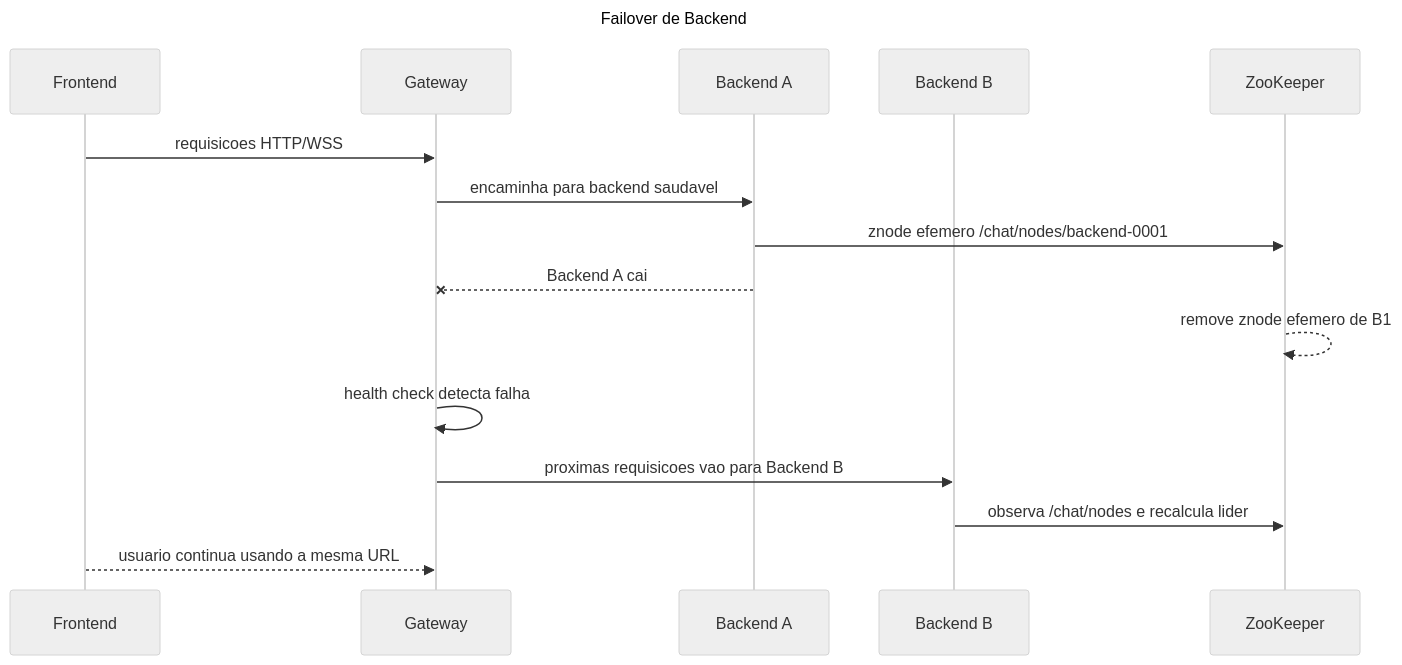
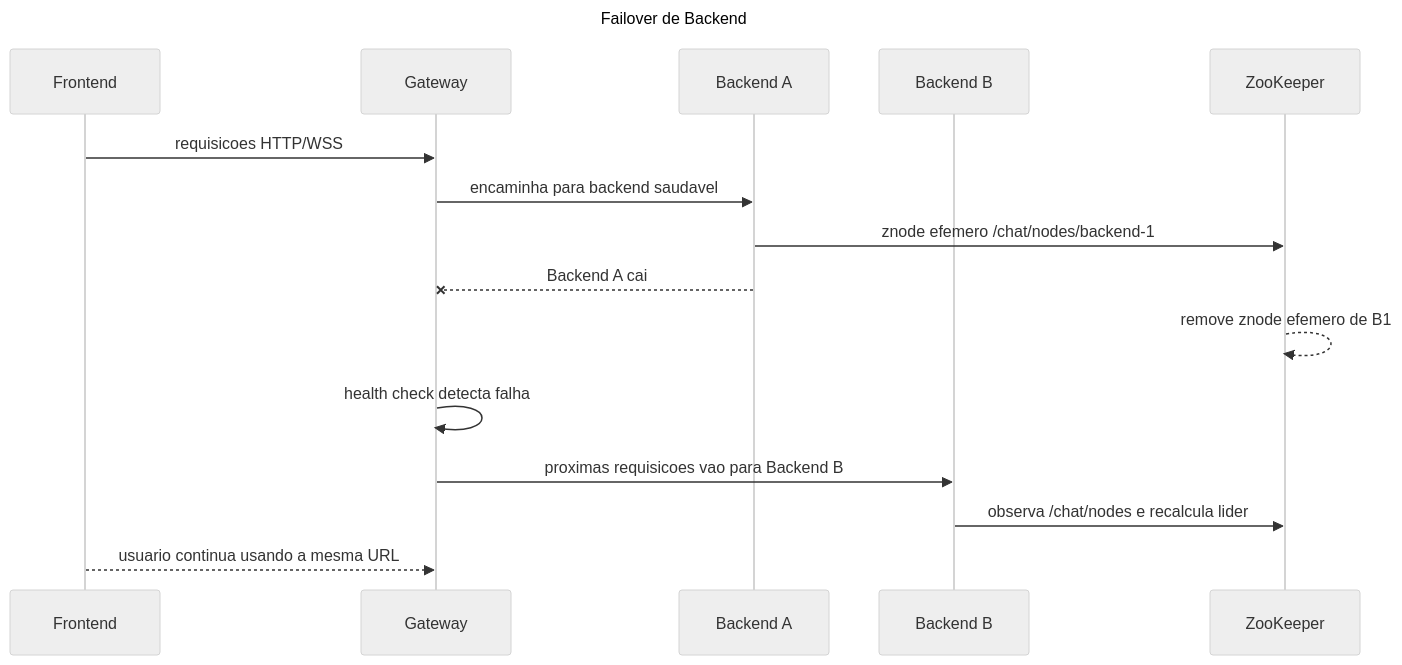
The eighth of 10 diagrams in docs/diagrams.md (jvmr1/chat-distribuido), drawn with Mermaid (neutral theme) before and after one commit. The commit also changed other lines of this file and 6 other files, not shown here.

````diff
--- a/docs/diagrams.md
+++ b/docs/diagrams.md
@@ -211,22 +208,22 @@
 ```mermaid
 ---
 title: Failover de Backend
 ---
 sequenceDiagram
   participant FE as Frontend
   participant GW as Gateway
   participant B1 as Backend A
   participant B2 as Backend B
   participant ZK as ZooKeeper
 
   FE->>GW: requisicoes HTTP/WSS
   GW->>B1: encaminha para backend saudavel
-  B1->>ZK: znode efemero /chat/nodes/backend-0001
+  B1->>ZK: znode efemero /chat/nodes/backend-1
 
   B1--xGW: Backend A cai
   ZK-->>ZK: remove znode efemero de B1
   GW->>GW: health check detecta falha
   GW->>B2: proximas requisicoes vao para Backend B
   B2->>ZK: observa /chat/nodes e recalcula lider
   FE-->>GW: usuario continua usando a mesma URL
 ```
````
